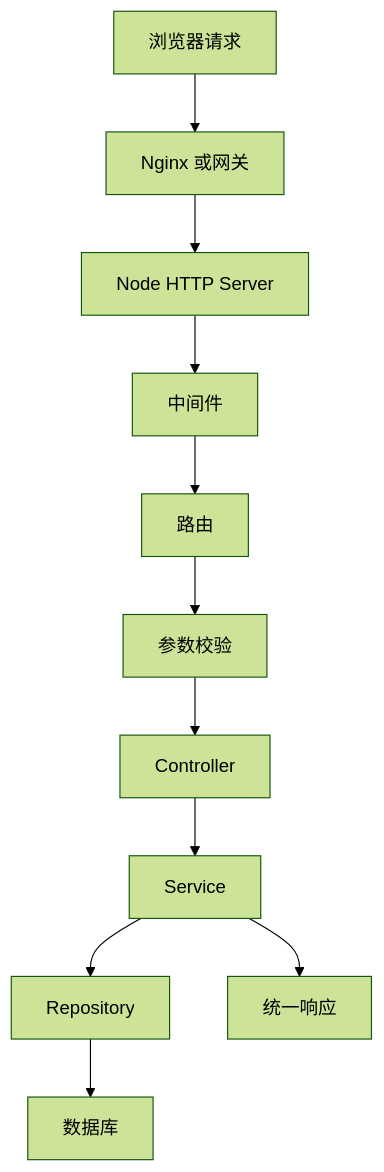
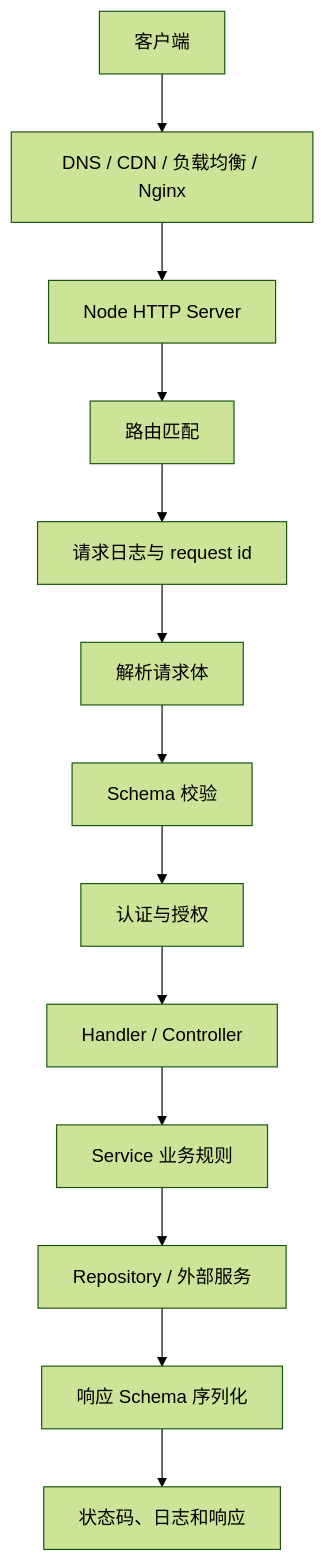
Before and after one commit to yokry-he/yok-study-web: the ninth of 27 diagrams in docs/node/visual-guide.md, drawn with Mermaid (forest theme). The commit also changed other lines of this file and 14 other files, not shown here.

````diff
--- a/docs/node/visual-guide.md
+++ b/docs/node/visual-guide.md
@@ -51,13 +170,15 @@
 ```mermaid
 flowchart TD
-  A[浏览器请求] --> B[Nginx 或网关]
-  B --> C[Node HTTP Server]
-  C --> D[中间件]
-  D --> E[路由]
-  E --> F[参数校验]
-  F --> G[Controller]
-  G --> H[Service]
-  H --> I[Repository]
-  I --> J[数据库]
-  H --> K[统一响应]
+  A["客户端"] --> B["DNS / CDN / 负载均衡 / Nginx"]
+  B --> C["Node HTTP Server"]
+  C --> D["路由匹配"]
+  D --> E["请求日志与 request id"]
+  E --> F["解析请求体"]
+  F --> G["Schema 校验"]
+  G --> H["认证与授权"]
+  H --> I["Handler / Controller"]
+  I --> J["Service 业务规则"]
+  J --> K["Repository / 外部服务"]
+  K --> L["响应 Schema 序列化"]
+  L --> M["状态码、日志和响应"]
 ```
````
